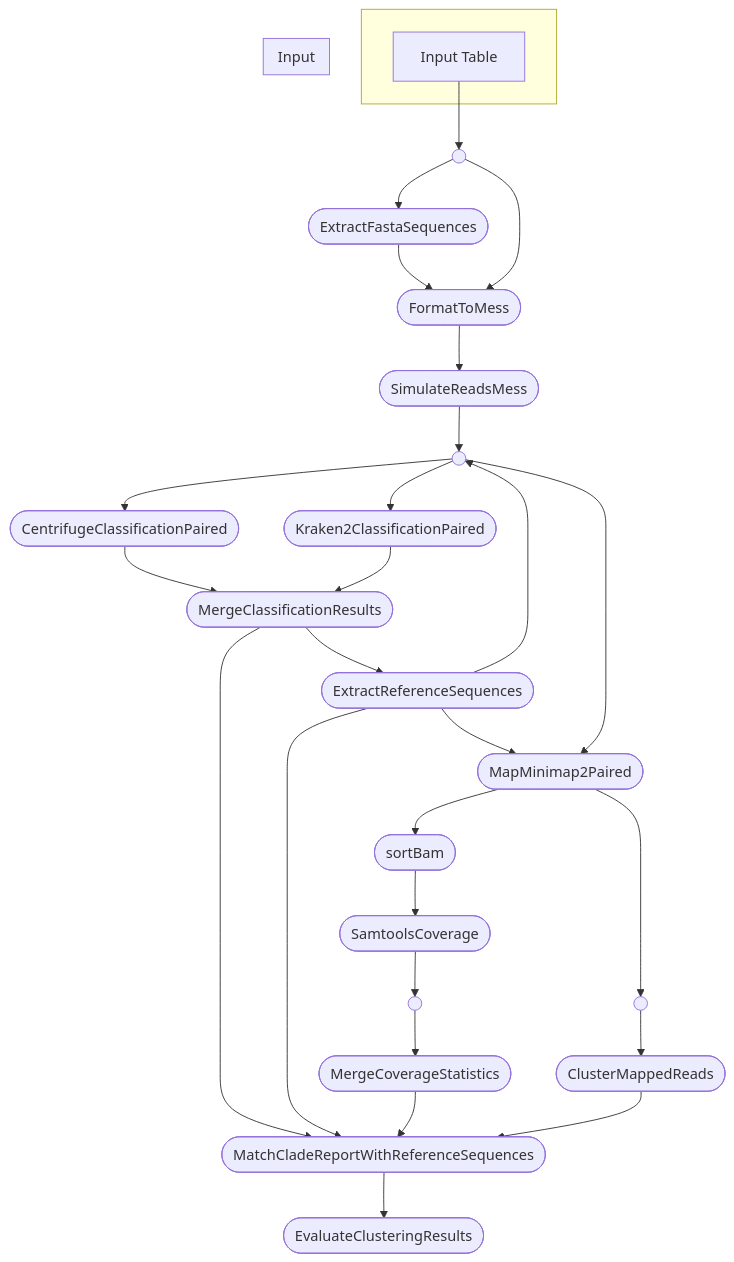
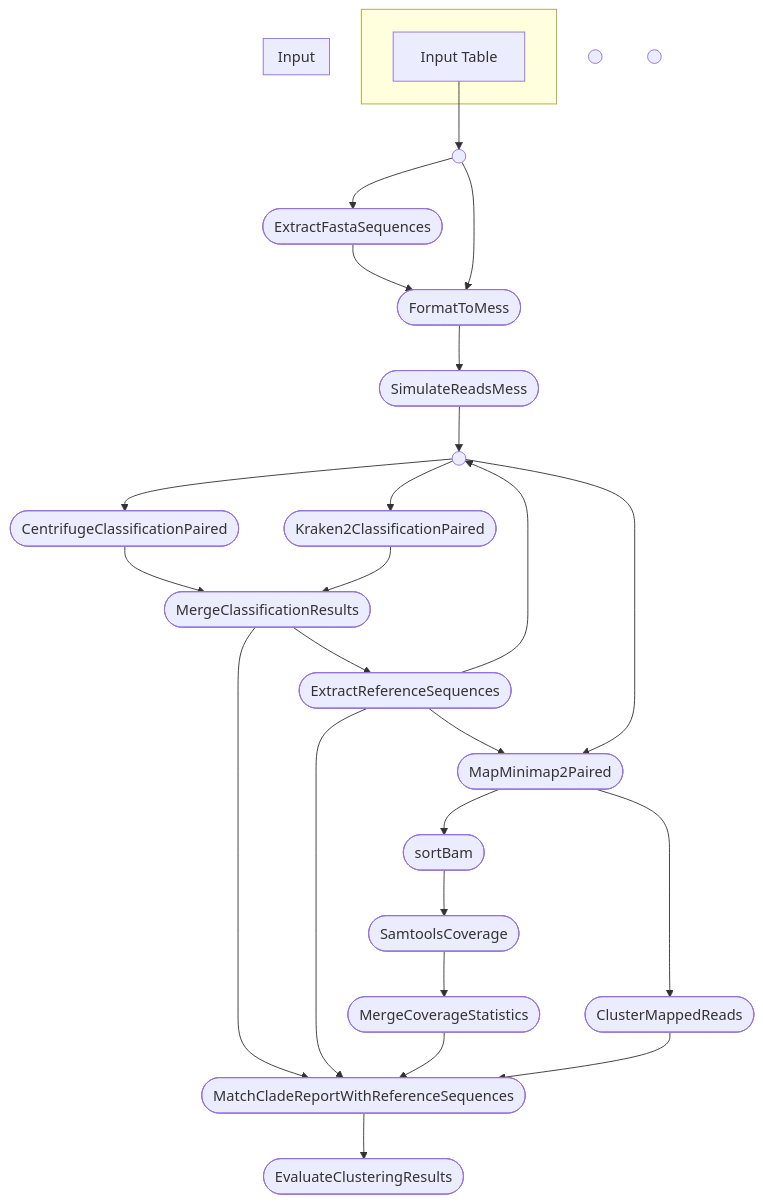
Before and after one commit to SantosJGND/metagenomics_cluster_evaluation: the diagram in README.md, drawn with Mermaid.

Commit message:
simplify dag

````diff
--- a/README.md
+++ b/README.md
@@ -51,52 +51,50 @@
 ```mermaid
 
 flowchart TB
     subgraph " "
     v0["Input Table"]
     end
     v2([ExtractFastaSequences])
     v3([FormatToMess])
     v5([SimulateReadsMess])
     v7([CentrifugeClassificationPaired])
     v8([Kraken2ClassificationPaired])
     v9([MergeClassificationResults])
     v10([ExtractReferenceSequences])
     v14([MapMinimap2Paired])
     v15([sortBam])
     v16([SamtoolsCoverage])
     v21([MergeCoverageStatistics])
     v22([ClusterMappedReads])
     subgraph "Input"
     end
     v24([MatchCladeReportWithReferenceSequences])
     v25([EvaluateClusteringResults])
     v1(( ))
     v6(( ))
     v17(( ))
     v19(( ))
     v0 --> v1
     v1 --> v2
     v2 --> v3
     v1 --> v3
     v3 --> v5
     v5 --> v6
     v6 --> v7
     v7 --> v9
     v6 --> v8
     v8 --> v9
     v9 --> v10
     v9 --> v24
     v10 --> v24
     v10 --> v6
     v10 --> v14
     v6 --> v14
     v14 --> v15
-    v14 --> v19
+    v14 --> v22
     v15 --> v16
-    v16 --> v17
-    v17 --> v21
+    v16 --> v21
     v21 --> v24
-    v19 --> v22
     v22 --> v24
     v24 --> v25
 ```
````
